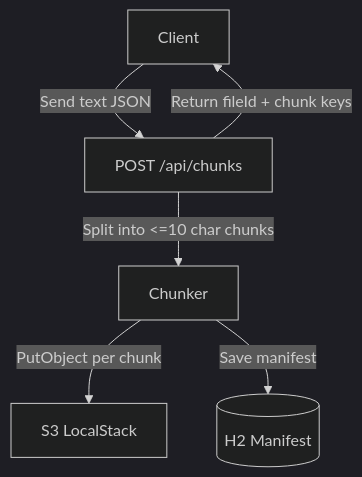
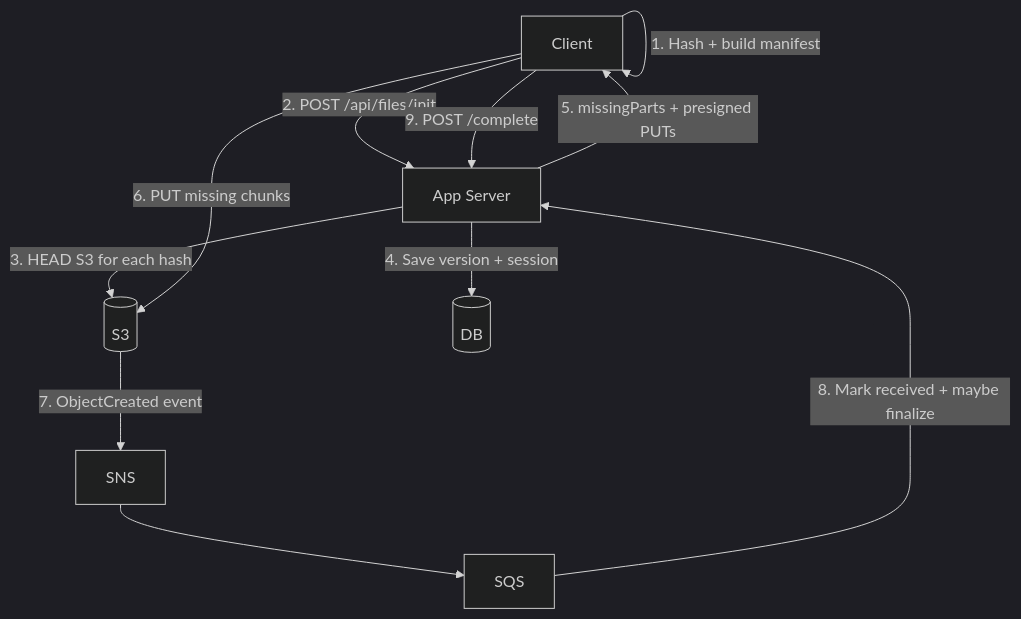
Before and after one commit to ShalomDeitch1/examples: the first of 2 diagrams in dropbox/chunkS3/README.md, drawn with Mermaid (dark theme). The commit also changed other lines of this file and 23 other files, not shown here.

Commit message:
chunk with fingerprints, tests pass but application fails, tried using plain text with a little hebrew

````diff
--- a/dropbox/chunkS3/README.md
+++ b/dropbox/chunkS3/README.md
@@ -13,8 +46,13 @@
 ```mermaid
-flowchart TB
-    C[Client] -->|Send text JSON| API[POST /api/chunks]
-    API -->|Split into <=10 char chunks| Splitter[Chunker]
-    Splitter -->|PutObject per chunk| S3[S3 LocalStack]
-    Splitter -->|Save manifest| DB[(H2 Manifest)]
-    API -->|Return fileId + chunk keys| C
+flowchart TD
+    Client[Client] -->|1. Hash + build manifest| Client
+    Client -->|2. POST /api/files/init| App[App Server]
+    App -->|3. HEAD S3 for each hash| S3[(S3)]
+    App -->|4. Save version + session| DB[(DB)]
+    App -->|5. missingParts + presigned PUTs| Client
+    Client -->|6. PUT missing chunks| S3
+    S3 -->|7. ObjectCreated event| SNS[SNS]
+    SNS --> SQS[SQS]
+    SQS -->|8. Mark received + maybe finalize| App
+    Client -->|9. POST /complete| App
 ```
````
